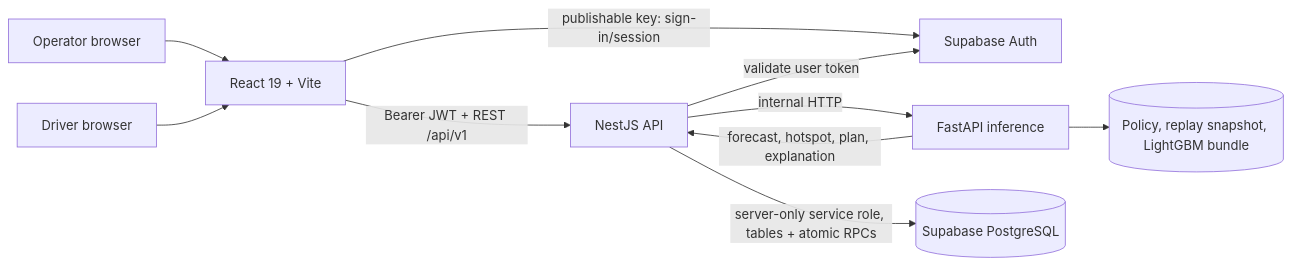
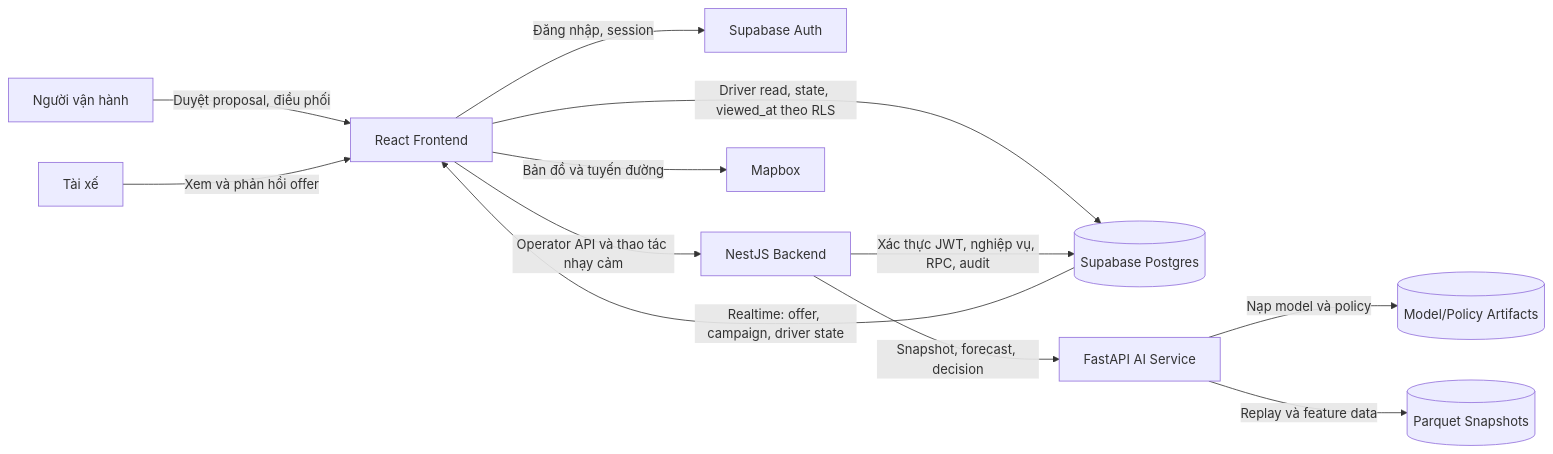
Before and after one commit to minhphamMt/gsm-demand-operator-demo: the first of 7 diagrams in ARCHITECTURE.md, drawn with Mermaid. The commit also changed other lines of this file and 2 other files, not shown here.

Commit message:
docs: update current system architecture

````diff
--- a/ARCHITECTURE.md
+++ b/ARCHITECTURE.md
@@ -19,21 +29,16 @@
 ```mermaid
 flowchart LR
-    O[Operator browser]
-    D[Driver browser]
-    FE[React 19 + Vite]
-    AUTH[Supabase Auth]
-    BE[NestJS API]
-    AI[FastAPI inference]
-    DB[(Supabase PostgreSQL)]
-    ART[(Policy, replay snapshot, LightGBM bundle)]
+    Operator[Người vận hành] -->|Duyệt proposal, điều phối| Web[React Frontend]
+    Driver[Tài xế] -->|Xem và phản hồi offer| Web
 
-    O --> FE
-    D --> FE
-    FE -->|publishable key: sign-in/session| AUTH
-    FE -->|Bearer JWT + REST /api/v1| BE
-    BE -->|validate user token| AUTH
-    BE -->|server-only service role, tables + atomic RPCs| DB
-    BE -->|internal HTTP| AI
-    AI --> ART
-    AI -->|forecast, hotspot, plan, explanation| BE
+    Web -->|Đăng nhập, session| Auth[Supabase Auth]
+    Web -->|Operator API và thao tác nhạy cảm| API[NestJS Backend]
+    Web -->|Driver read, state, viewed_at theo RLS| DB[(Supabase Postgres)]
+    DB -->|Realtime: offer, campaign, driver state| Web
+    Web -->|Bản đồ và tuyến đường| Mapbox[Mapbox]
+
+    API -->|Xác thực JWT, nghiệp vụ, RPC, audit| DB
+    API -->|Snapshot, forecast, decision| AI[FastAPI AI Service]
+    AI -->|Nạp model và policy| Artifacts[(Model/Policy Artifacts)]
+    AI -->|Replay và feature data| Parquet[(Parquet Snapshots)]
 ```
````
